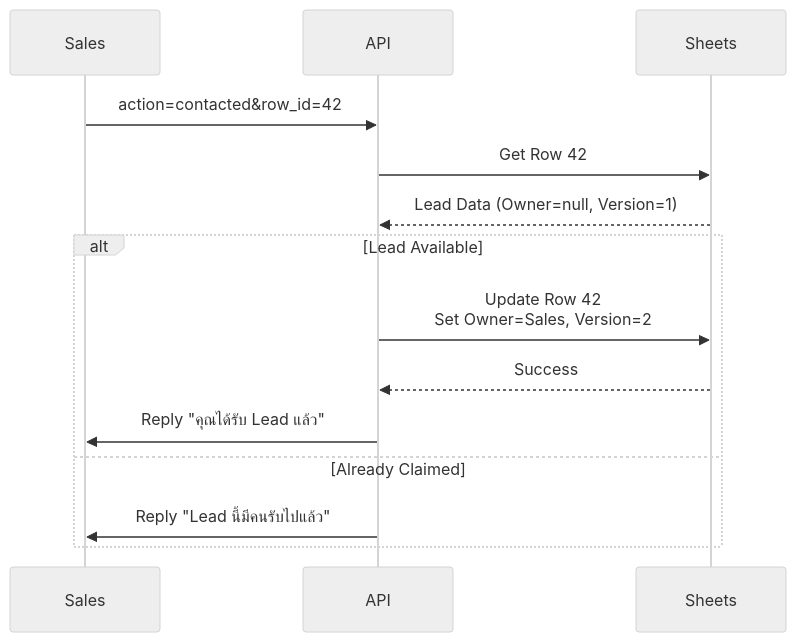
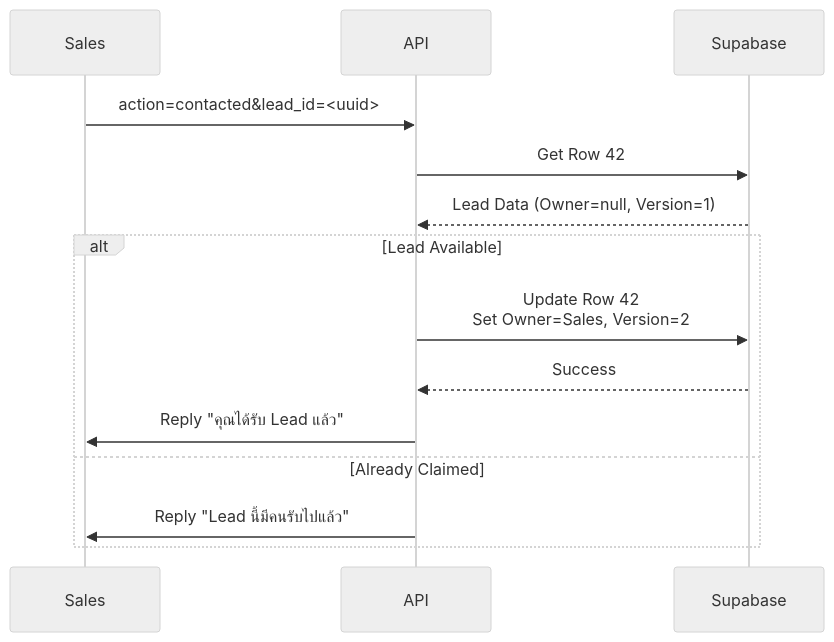
Before and after one commit to Jirawatpyk/ENEOS-Sales-Automation: the first of 5 diagrams in docs/data-flow.md, drawn with Mermaid (neutral theme). The commit also changed other lines of this file and 40 other files, not shown here.

First line of the commit message:
feat: cleanup Google Sheets dependencies + update all docs to Supabase (Story 9-4)

````diff
--- a/docs/data-flow.md
+++ b/docs/data-flow.md
@@ -142,18 +142,18 @@
 ```mermaid
 sequenceDiagram
     participant S as Sales
     participant API as API
-    participant DB as Sheets
+    participant DB as Supabase
 
-    S->>API: action=contacted&row_id=42
+    S->>API: action=contacted&lead_id=<uuid>
     API->>DB: Get Row 42
     DB-->>API: Lead Data (Owner=null, Version=1)
 
     alt Lead Available
         API->>DB: Update Row 42<br/>Set Owner=Sales, Version=2
         DB-->>API: Success
         API->>S: Reply "คุณได้รับ Lead แล้ว"
     else Already Claimed
         API->>S: Reply "Lead นี้มีคนรับไปแล้ว"
     end
 ```
````
